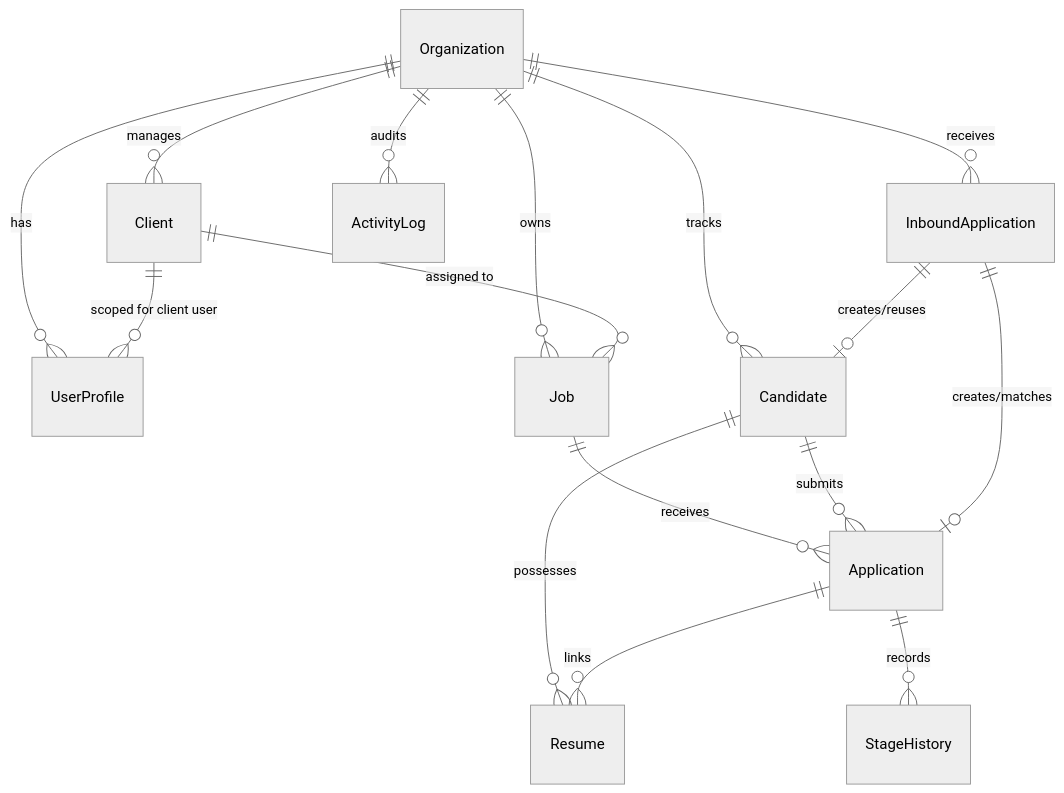
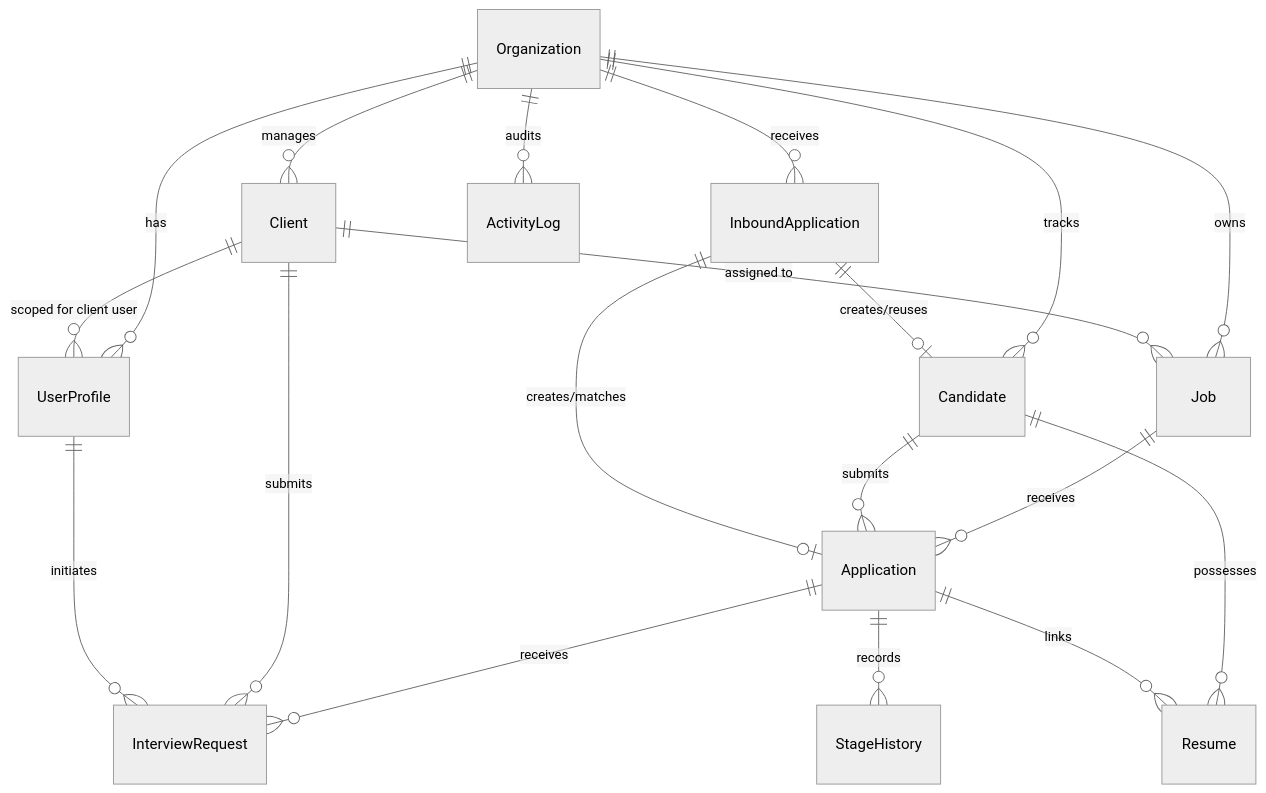
Before and after one commit to vu2f2425015-arch/Hiredesk: the diagram in docs/DATA_MODEL.md, drawn with Mermaid (neutral theme). The commit also changed other lines of this file and 24 other files, not shown here.

Commit message:
feat(phase6): dedicated client portal, client review actions, interview requests, and tenant isolation hardening

````diff
--- a/docs/DATA_MODEL.md
+++ b/docs/DATA_MODEL.md
@@ -5,21 +5,25 @@
 ```mermaid
 erDiagram
     Organization ||--o{ UserProfile : has
     Organization ||--o{ Client : manages
     Organization ||--o{ Job : owns
     Organization ||--o{ Candidate : tracks
     Organization ||--o{ InboundApplication : receives
     Organization ||--o{ ActivityLog : audits
 
     Client ||--o{ Job : "assigned to"
     Client ||--o{ UserProfile : "scoped for client user"
 
     Job ||--o{ Application : receives
     Candidate ||--o{ Application : submits
     Candidate ||--o{ Resume : possesses
     Application ||--o{ Resume : links
     Application ||--o{ StageHistory : records
+    Application ||--o{ InterviewRequest : receives
+
+    Client ||--o{ InterviewRequest : "submits"
+    UserProfile ||--o{ InterviewRequest : "initiates"
 
     InboundApplication ||--o| Application : "creates/matches"
     InboundApplication ||--o| Candidate : "creates/reuses"
 ```
````
